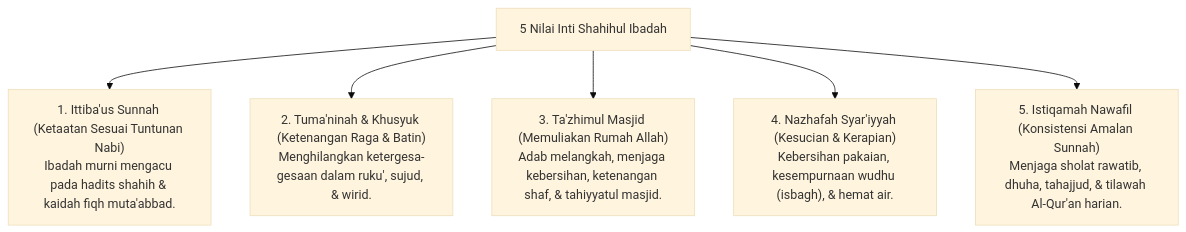
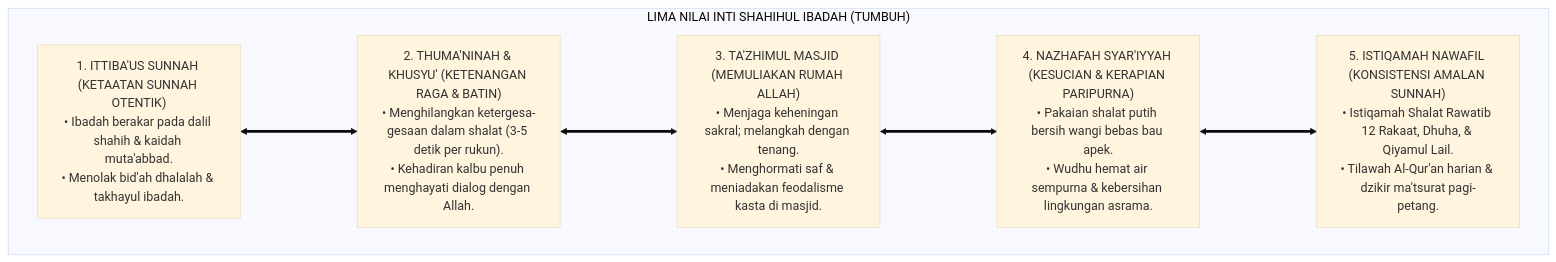
Before and after one commit to wandiapriliyandi/tumbuh: the seventh of 7 diagrams in 03 Capacity Framework/05 Shahihul Ibadah/P3-05-04-Nilai-Inti-dan-Prinsip-Ibadah.md, drawn with Mermaid (base theme). The commit also changed other lines of this file and 15 other files, not shown here.

Commit message:
docs(domain-05): complete comprehensive research monographs for 05 Shahihul Ibadah (14 sub-modules + master doc + README)

````diff
--- a/03 Capacity Framework/05 Shahihul Ibadah/P3-05-04-Nilai-Inti-dan-Prinsip-Ibadah.md
+++ b/03 Capacity Framework/05 Shahihul Ibadah/P3-05-04-Nilai-Inti-dan-Prinsip-Ibadah.md
@@ -10,10 +270,17 @@
 ```mermaid
-graph TD
-    Values["5 Nilai Inti Shahihul Ibadah"]
-    
-    Values --> V1["1. Ittiba'us Sunnah (Ketaatan Sesuai Tuntunan Nabi)<br/>Ibadah murni mengacu pada hadits shahih & kaidah fiqh muta'abbad."]
-    Values --> V2["2. Tuma'ninah & Khusyuk (Ketenangan Raga & Batin)<br/>Menghilangkan ketergesa-gesaan dalam ruku', sujud, & wirid."]
-    Values --> V3["3. Ta'zhimul Masjid (Memuliakan Rumah Allah)<br/>Adab melangkah, menjaga kebersihan, ketenangan shaf, & tahiyyatul masjid."]
-    Values --> V4["4. Nazhafah Syar'iyyah (Kesucian & Kerapian)<br/>Kebersihan pakaian, kesempurnaan wudhu (isbagh), & hemat air."]
-    Values --> V5["5. Istiqamah Nawafil (Konsistensi Amalan Sunnah)<br/>Menjaga sholat rawatib, dhuha, tahajjud, & tilawah Al-Qur'an harian."]
+flowchart TD
+    subgraph LimaNilaiIntiShahihulIbadah["LIMA NILAI INTI SHAHIHUL IBADAH (TUMBUH)"]
+        
+        V1["1. ITTIBA'US SUNNAH (KETAATAN SUNNAH OTENTIK)<br/>• Ibadah berakar pada dalil shahih & kaidah muta'abbad.<br/>• Menolak bid'ah dhalalah & takhayul ibadah."]
+        
+        V2["2. THUMA'NINAH & KHUSYU' (KETENANGAN RAGA & BATIN)<br/>• Menghilangkan ketergesa-gesaan dalam shalat (3-5 detik per rukun).<br/>• Kehadiran kalbu penuh menghayati dialog dengan Allah."]
+        
+        V3["3. TA'ZHIMUL MASJID (MEMULIAKAN RUMAH ALLAH)<br/>• Menjaga keheningan sakral; melangkah dengan tenang.<br/>• Menghormati saf & meniadakan feodalisme kasta di masjid."]
+        
+        V4["4. NAZHAFAH SYAR'IYYAH (KESUCIAN & KERAPIAN PARIPURNA)<br/>• Pakaian shalat putih bersih wangi bebas bau apek.<br/>• Wudhu hemat air sempurna & kebersihan lingkungan asrama."]
+        
+        V5["5. ISTIQAMAH NAWAFIL (KONSISTENSI AMALAN SUNNAH)<br/>• Istiqamah Shalat Rawatib 12 Rakaat, Dhuha, & Qiyamul Lail.<br/>• Tilawah Al-Qur'an harian & dzikir ma'tsurat pagi-petang."]
+        
+        V1 <===> V2 <===> V3 <===> V4 <===> V5
+    end
 ```
````
